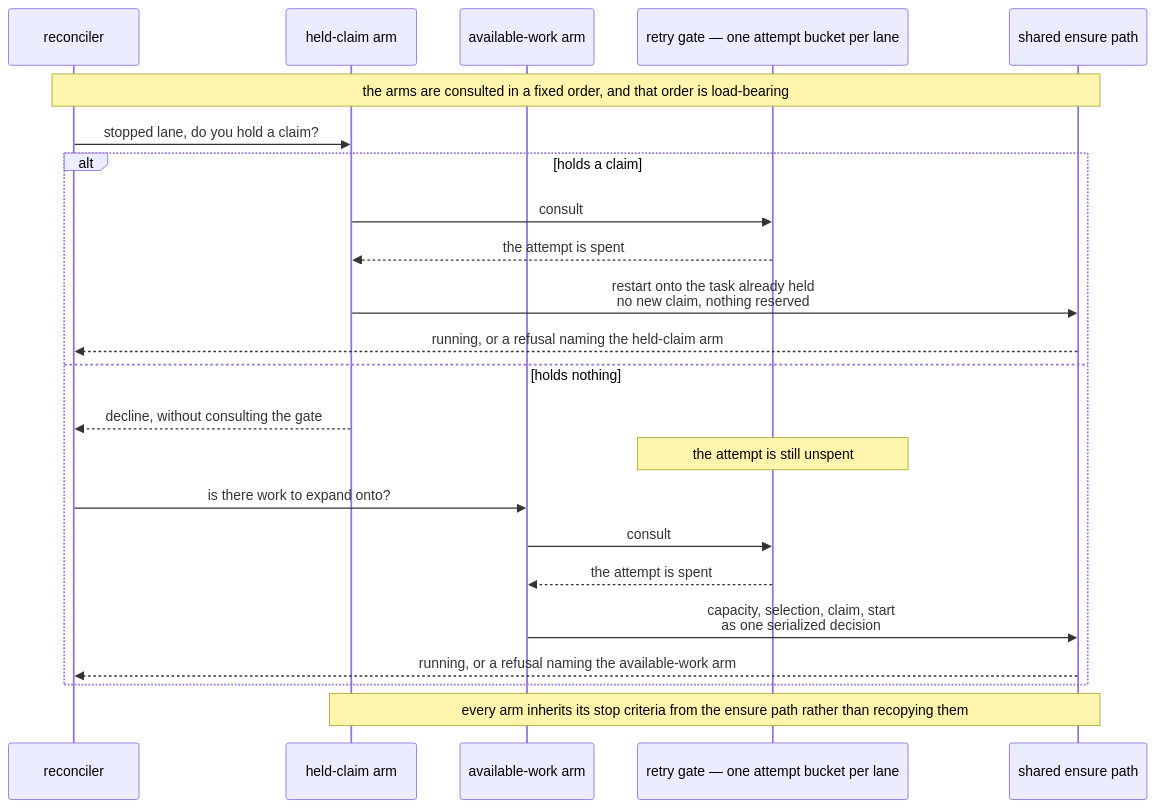
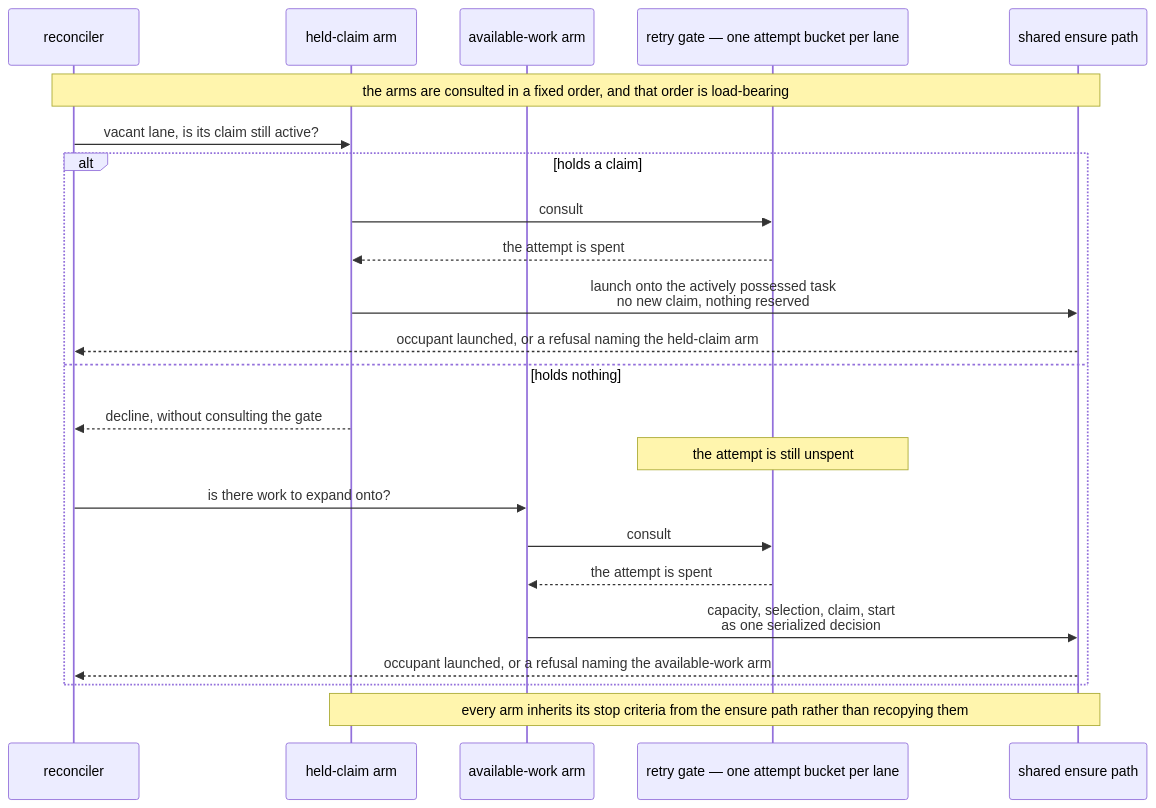
Before and after one commit to infimalabs/spice-rust: the fifth of 10 diagrams in docs/product/model/decisions.md, drawn with Mermaid. The commit also changed other lines of this file and 71 other files, not shown here.

````diff
--- a/docs/product/model/decisions.md
+++ b/docs/product/model/decisions.md
@@ -156,25 +163,25 @@
 ```mermaid
 sequenceDiagram
   participant R as reconciler
   participant H as held-claim arm
   participant W as available-work arm
   participant G as retry gate — one attempt bucket per lane
   participant E as shared ensure path
   Note over R,E: the arms are consulted in a fixed order, and that order is load-bearing
-  R->>H: stopped lane, do you hold a claim?
+  R->>H: vacant lane, is its claim still active?
   alt holds a claim
     H->>G: consult
     G-->>H: the attempt is spent
-    H->>E: restart onto the task already held<br/>no new claim, nothing reserved
-    E-->>R: running, or a refusal naming the held-claim arm
+    H->>E: launch onto the actively possessed task<br/>no new claim, nothing reserved
+    E-->>R: occupant launched, or a refusal naming the held-claim arm
   else holds nothing
     H-->>R: decline, without consulting the gate
     Note over G: the attempt is still unspent
     R->>W: is there work to expand onto?
     W->>G: consult
     G-->>W: the attempt is spent
     W->>E: capacity, selection, claim, start<br/>as one serialized decision
-    E-->>R: running, or a refusal naming the available-work arm
+    E-->>R: occupant launched, or a refusal naming the available-work arm
   end
   Note over H,E: every arm inherits its stop criteria from the ensure path rather than recopying them
 ```
````
